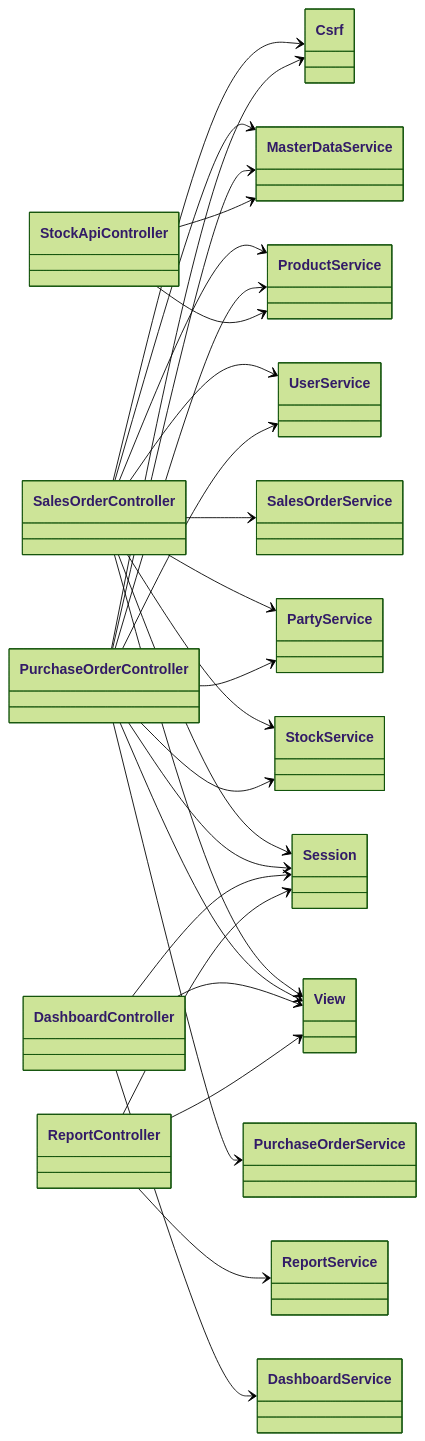
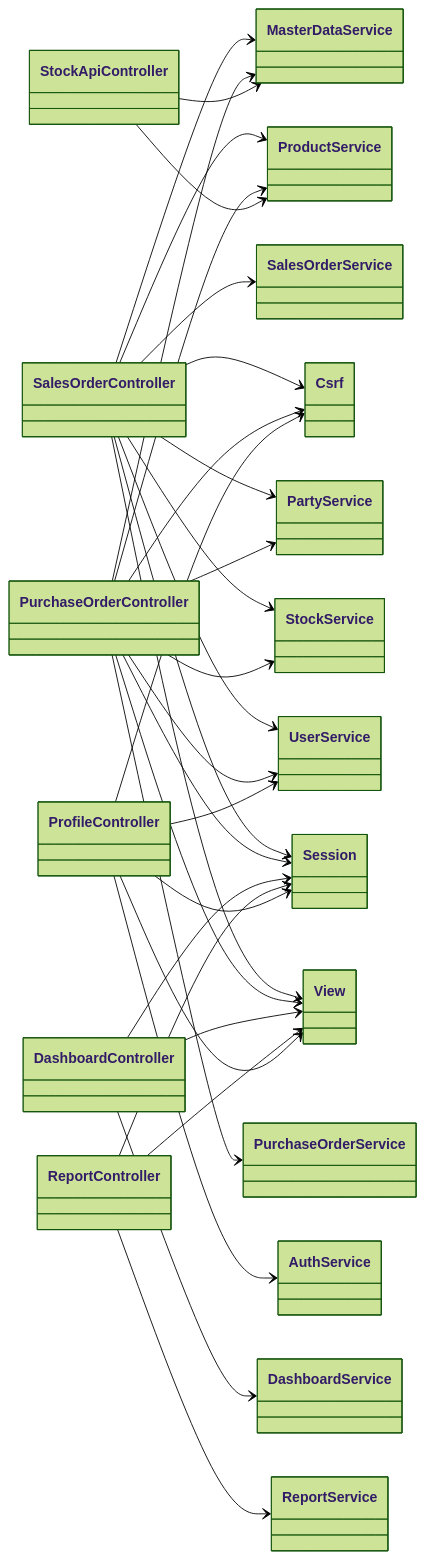
One commit to WillyMocha/inventory-order-management-system changed the third of 4 diagrams in docs/architecture/class-diagram-as-built.md. Above: the diagram before and after it, drawn with Mermaid (forest theme). The commit also changed other lines of this file and 58 other files, not shown here.

Commit message:
docs: user profile spec, evidence, diagrams and BRD

````diff
--- a/docs/architecture/class-diagram-as-built.md
+++ b/docs/architecture/class-diagram-as-built.md
@@ -227,54 +227,62 @@
 ```mermaid
 classDiagram
     direction LR
 
     class SalesOrderController
     class PurchaseOrderController
     class DashboardController
     class ReportController
     class StockApiController
+    class ProfileController
 
     class SalesOrderService
     class PurchaseOrderService
     class StockService
     class DashboardService
     class ReportService
     class ProductService
     class PartyService
     class MasterDataService
     class UserService
+    class AuthService
     class View
     class Session
     class Csrf
 
     SalesOrderController --> SalesOrderService
     SalesOrderController --> StockService
     SalesOrderController --> ProductService
     SalesOrderController --> PartyService
     SalesOrderController --> MasterDataService
     SalesOrderController --> UserService
     SalesOrderController --> View
     SalesOrderController --> Session
     SalesOrderController --> Csrf
 
     PurchaseOrderController --> PurchaseOrderService
     PurchaseOrderController --> StockService
     PurchaseOrderController --> ProductService
     PurchaseOrderController --> PartyService
     PurchaseOrderController --> MasterDataService
     PurchaseOrderController --> UserService
     PurchaseOrderController --> View
     PurchaseOrderController --> Session
     PurchaseOrderController --> Csrf
 
     DashboardController --> DashboardService
     DashboardController --> View
     DashboardController --> Session
 
     ReportController --> ReportService
     ReportController --> View
     ReportController --> Session
 
     StockApiController --> ProductService
     StockApiController --> MasterDataService
+
+    ProfileController --> AuthService
+    ProfileController --> UserService
+    ProfileController --> View
+    ProfileController --> Session
+    ProfileController --> Csrf
 ```
````
